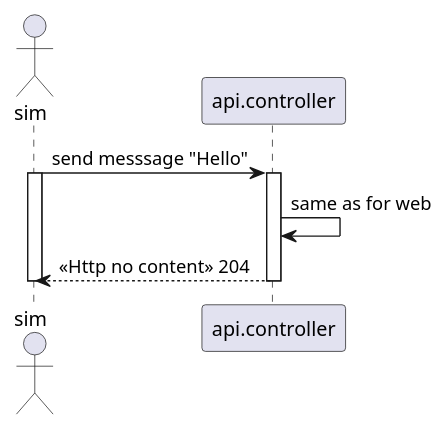
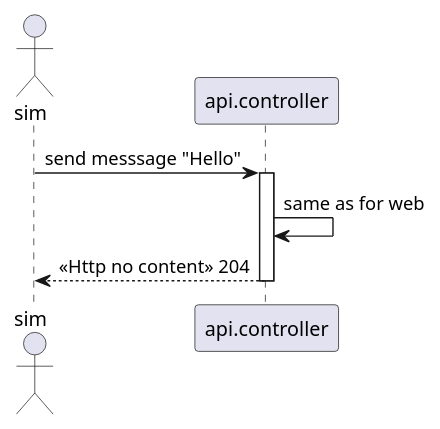
The diagram in docs/Diagrams/SequenceDiagram-sim-to-database.wsd (ITU-DevOps2025-GROUP-A/itu-minitwit), drawn with PlantUML before and after one commit. The commit also changed 1 other file, not shown here.

Commit message:
updated sequence diagrams

```diff
--- a/docs/Diagrams/SequenceDiagram-sim-to-database.wsd
+++ b/docs/Diagrams/SequenceDiagram-sim-to-database.wsd
@@ -1,15 +1,12 @@
 @startuml
 actor sim
 participant api.controller
 
 sim -> api.controller : send messsage "Hello"
-activate sim
 activate api.controller
 
 api.controller -> api.controller : same as for web
 
 sim <-- api.controller : <<Http no content>> 204
 deactivate api.controller
-
-deactivate sim
 @enduml
```
